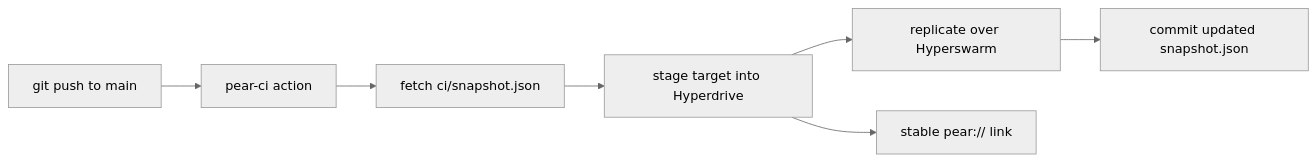
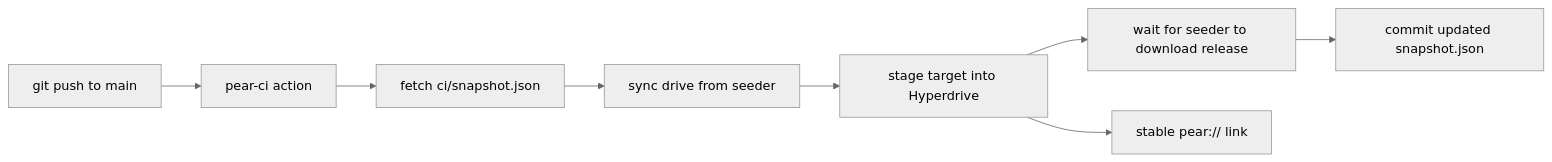
Before and after one commit to holepunchto/pear-docs: the diagram in content/pear/how-to/operate-an-app/github-actions/publish-with-github-actions.mdx, drawn with Mermaid (neutral theme). The commit also changed other lines of this file and 1 other file, not shown here.

First line of the commit message:
docs(pear-ci): keep a seeder online, commit the first snapshot, pin @v1

````diff
--- a/content/pear/how-to/operate-an-app/github-actions/publish-with-github-actions.mdx
+++ b/content/pear/how-to/operate-an-app/github-actions/publish-with-github-actions.mdx
@@ -30,9 +32,10 @@
 ```mermaid skip="diagram"
 flowchart LR
   push["git push to main"] --> action["pear-ci action"]
   action --> snap["fetch ci/snapshot.json"]
-  snap --> stage["stage target into Hyperdrive"]
-  stage --> sync["replicate over Hyperswarm"]
+  snap --> pull["sync drive from seeder"]
+  pull --> stage["stage target into Hyperdrive"]
+  stage --> sync["wait for seeder to download release"]
   sync --> commit["commit updated snapshot.json"]
   stage --> link["stable pear:// link"]
 ```
````
